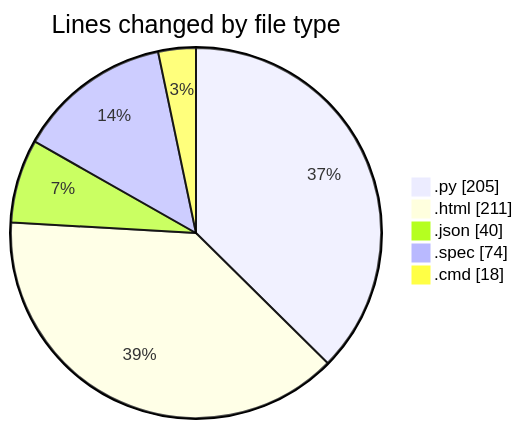
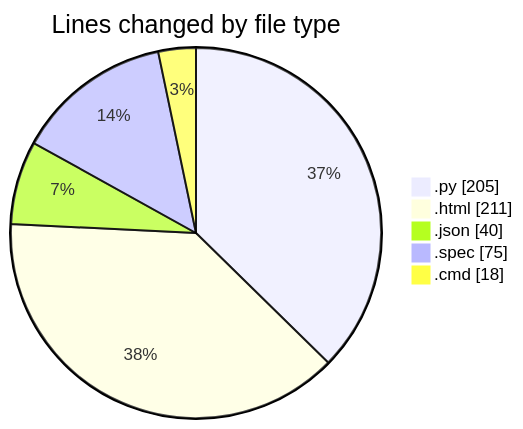
One commit to FelipKnott/code-tracking changed the first of 2 diagrams in 2025-07-12/cursor/README.md. Above: the diagram before and after it, drawn with Mermaid. The commit also changed other lines of this file and 1 other file, not shown here.

````diff
--- a/2025-07-12/cursor/README.md
+++ b/2025-07-12/cursor/README.md
@@ -25,9 +25,9 @@
 ```mermaid
 pie showData
 title Lines changed by file type
 ".py" : 205
 ".html" : 211
 ".json" : 40
-".spec" : 74
+".spec" : 75
 ".cmd" : 18
 ```
````
